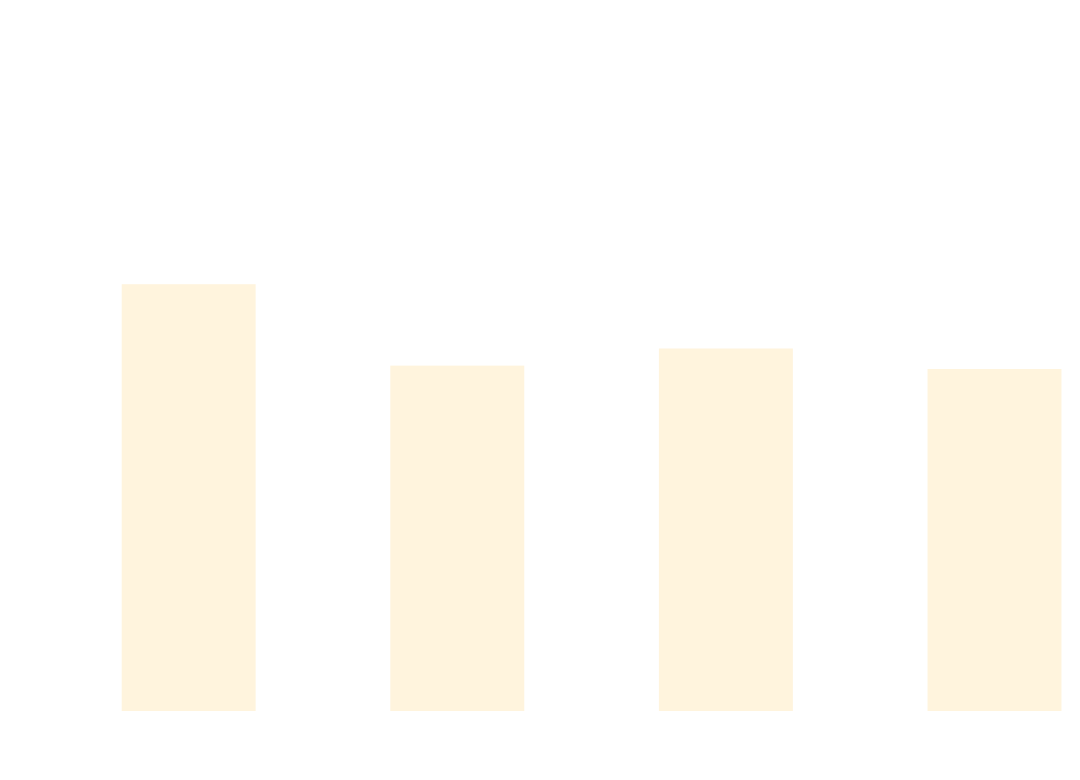
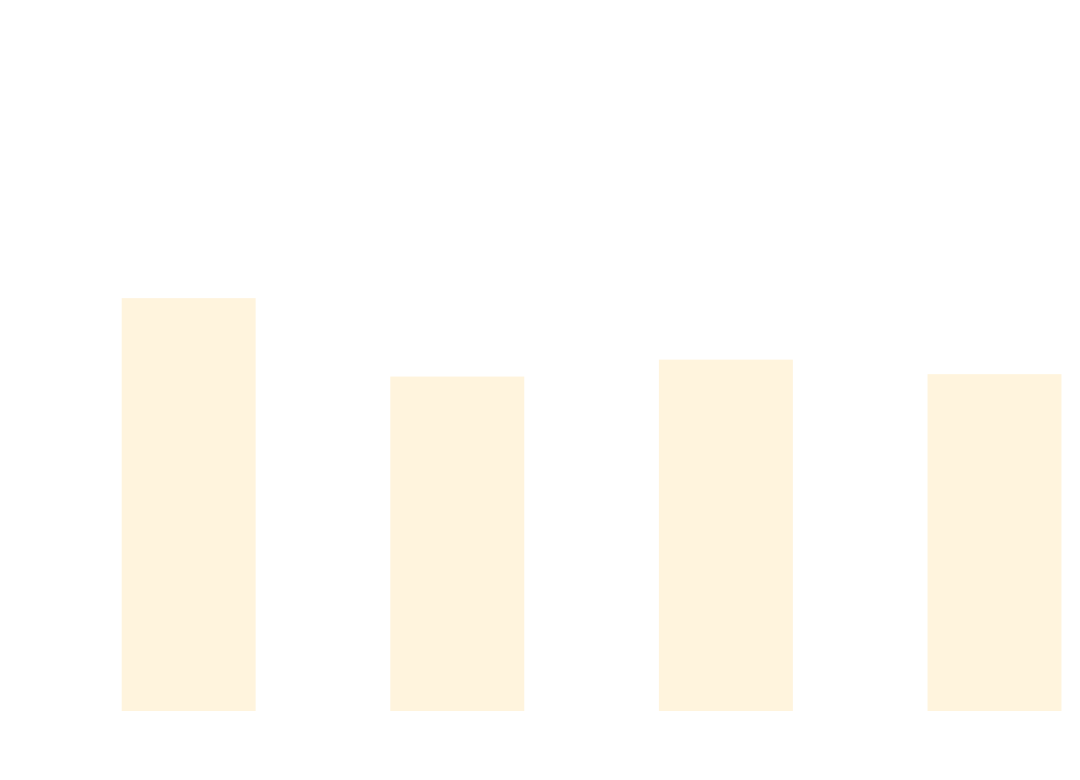
One commit to thomhurst/TUnit changed the diagram in docs/docs/benchmarks/BuildTime.md. Above: the diagram before and after it, drawn with Mermaid. The commit also changed other lines of this file and 17 other files, not shown here.

````diff
--- a/docs/docs/benchmarks/BuildTime.md
+++ b/docs/docs/benchmarks/BuildTime.md
@@ -28,37 +28,37 @@
 ```mermaid
 %%{init: {
   'theme':'base',
   'themeVariables': {
     'primaryColor': '#2563eb',
     'primaryTextColor': '#ffffff',
     'primaryBorderColor': '#1e40af',
     'lineColor': '#6b7280',
     'secondaryColor': '#7c3aed',
     'tertiaryColor': '#dc2626',
     'background': '#ffffff',
     'mainBkg': '#2563eb',
     'secondBkg': '#7c3aed',
     'tertiaryBkg': '#dc2626',
     'clusterBkg': '#f3f4f6',
     'edgeLabelBackground': '#ffffff',
     'tertiaryTextColor': '#1f2937',
     'pie1': '#2563eb',
     'pie2': '#7c3aed',
     'pie3': '#dc2626',
     'pie4': '#f59e0b',
     'pie5': '#10b981',
     'pie6': '#06b6d4',
     'pie7': '#ec4899',
     'pie8': '#6366f1',
     'pie9': '#84cc16',
     'pie10': '#f97316',
     'pie11': '#14b8a6',
     'pie12': '#a855f7'
   }
 }}%%
 xychart-beta
   title "Build Time Comparison"
   x-axis ["Build_TUnit", "Build_NUnit", "Build_MSTest", "Build_xUnit3"]
   y-axis "Time (s)" 0 --> 3
-  bar [2.073, 1.664, 1.75, 1.647]
+  bar [2.003, 1.609, 1.694, 1.621]
 ```
````
